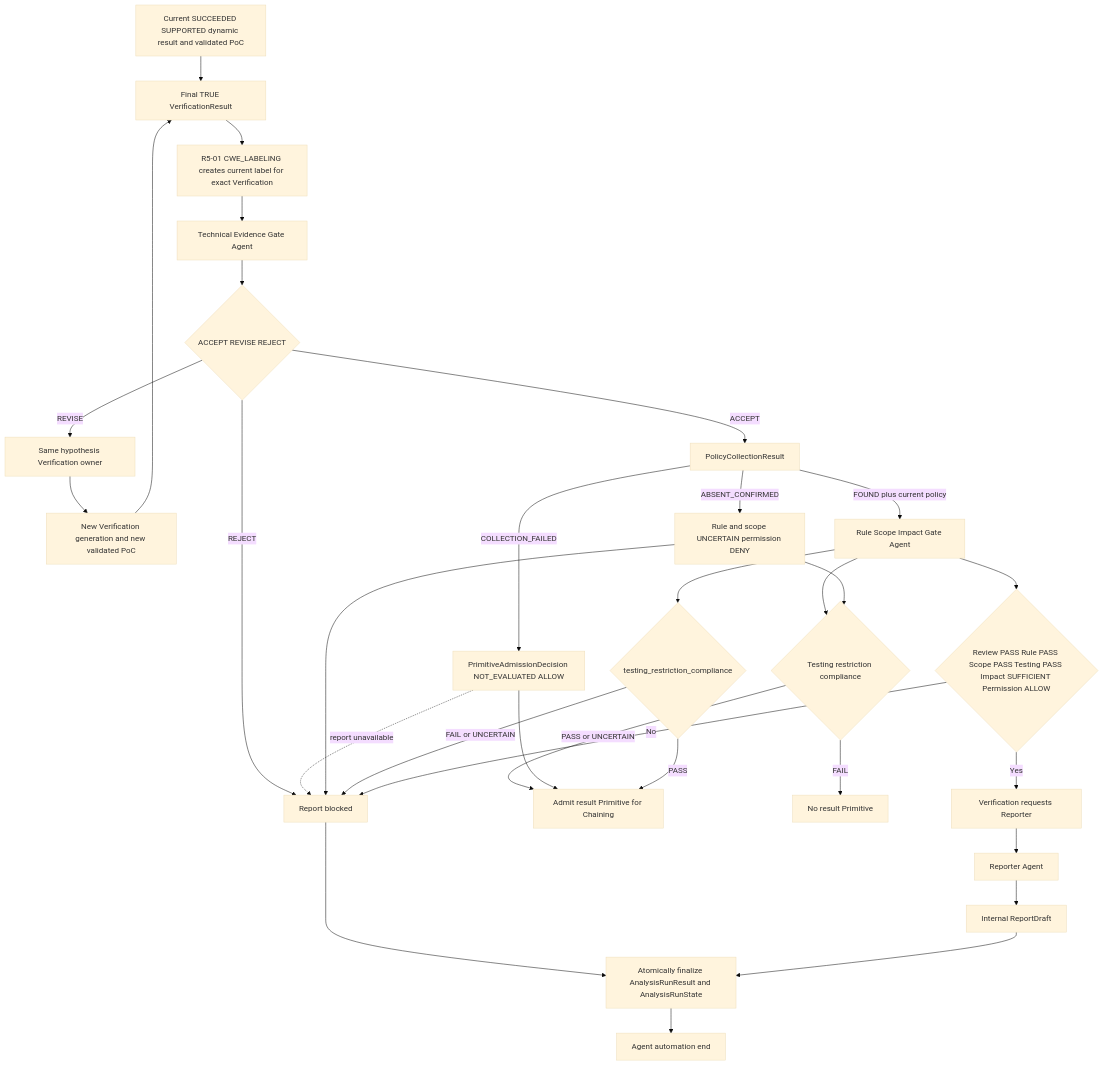
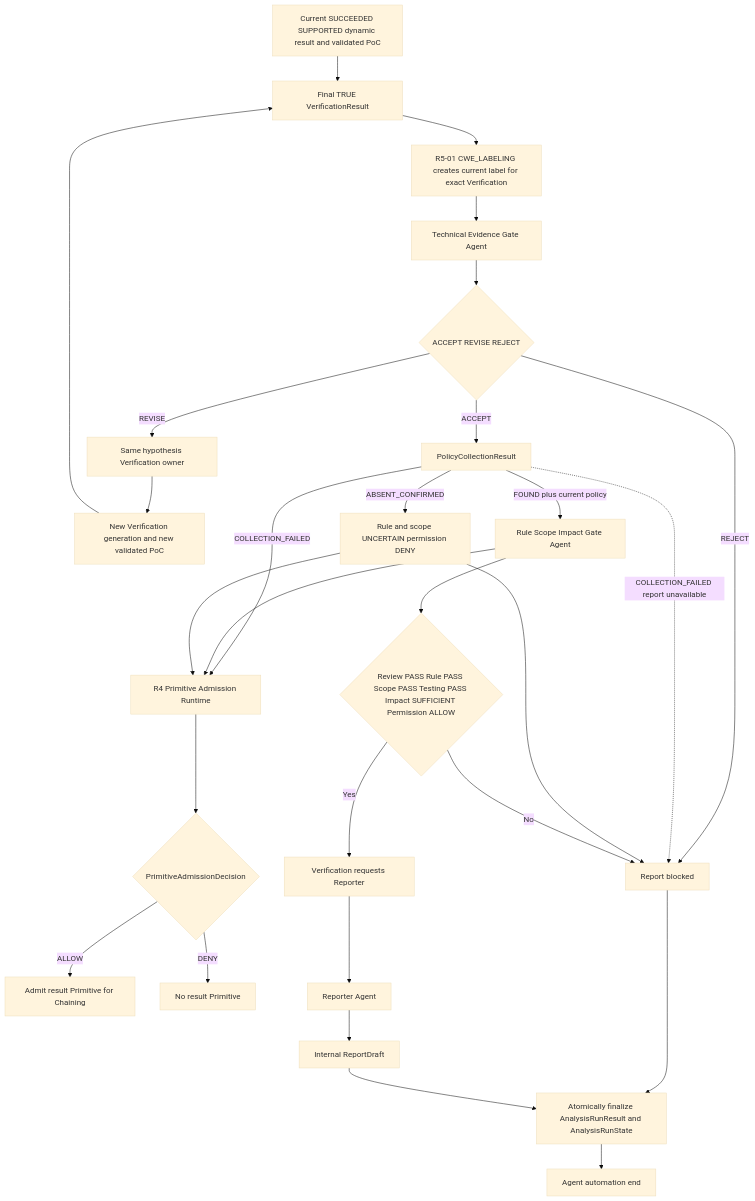
The sixth of 13 diagrams in docs/architecture-v5/13-architecture-diagrams.md (SASTsimi/sastsimi), drawn with Mermaid (base theme) before and after one commit. The commit also changed 8 other files, not shown here.

Commit message:
merge: align R5-02 with primitive admission runtime

````diff
--- a/docs/architecture-v5/13-architecture-diagrams.md
+++ b/docs/architecture-v5/13-architecture-diagrams.md
@@ -250,33 +250,30 @@
 ```mermaid
 flowchart TB
     DYN[Current SUCCEEDED SUPPORTED dynamic result and validated PoC] --> VR[Final TRUE VerificationResult]
     VR --> CWE[R5-01 CWE_LABELING creates current label for exact Verification]
     CWE --> TECH[Technical Evidence Gate Agent]
     TECH --> TS{ACCEPT REVISE REJECT}
     TS -->|REVISE| BACK[Same hypothesis Verification owner]
     BACK --> NEWGEN[New Verification generation and new validated PoC]
     NEWGEN --> VR
     TS -->|REJECT| BLOCK[Report blocked]
     TS -->|ACCEPT| COLLECT[PolicyCollectionResult]
     COLLECT -->|FOUND plus current policy| RULE[Rule Scope Impact Gate Agent]
     COLLECT -->|ABSENT_CONFIRMED| UNCERTAIN[Rule and scope UNCERTAIN permission DENY]
-    COLLECT -->|COLLECTION_FAILED| ADMIT[PrimitiveAdmissionDecision NOT_EVALUATED ALLOW]
-    RULE --> PA{Testing restriction compliance}
-    PA -->|PASS or UNCERTAIN| PRIMITIVE[Admit result Primitive for Chaining]
-    PA -->|FAIL| NOPRIMITIVE[No result Primitive]
-    ADMIT --> PRIMITIVE
-    ADMIT -. report unavailable .-> BLOCK
-    UNCERTAIN --> PA
+    COLLECT -->|COLLECTION_FAILED| ARUN[R4 Primitive Admission Runtime]
+    RULE --> ARUN
+    UNCERTAIN --> ARUN
+    ARUN --> ADEC{PrimitiveAdmissionDecision}
+    ADEC -->|ALLOW| PRIMITIVE[Admit result Primitive for Chaining]
+    ADEC -->|DENY| NOPRIMITIVE[No result Primitive]
+    COLLECT -. COLLECTION_FAILED report unavailable .-> BLOCK
     UNCERTAIN --> BLOCK
-    RULE --> TR{testing_restriction_compliance}
-    TR -->|PASS| PRIMITIVE[Admit result Primitive for Chaining]
-    TR -->|FAIL or UNCERTAIN| BLOCK
     RULE --> READY{Review PASS Rule PASS Scope PASS Testing PASS Impact SUFFICIENT Permission ALLOW}
     READY -->|No| BLOCK
     READY -->|Yes| RREQ[Verification requests Reporter]
     RREQ --> REPORTER[Reporter Agent]
     REPORTER --> DRAFT[Internal ReportDraft]
     BLOCK --> FINAL[Atomically finalize AnalysisRunResult and AnalysisRunState]
     DRAFT --> FINAL
     FINAL --> END[Agent automation end]
 ```
````
